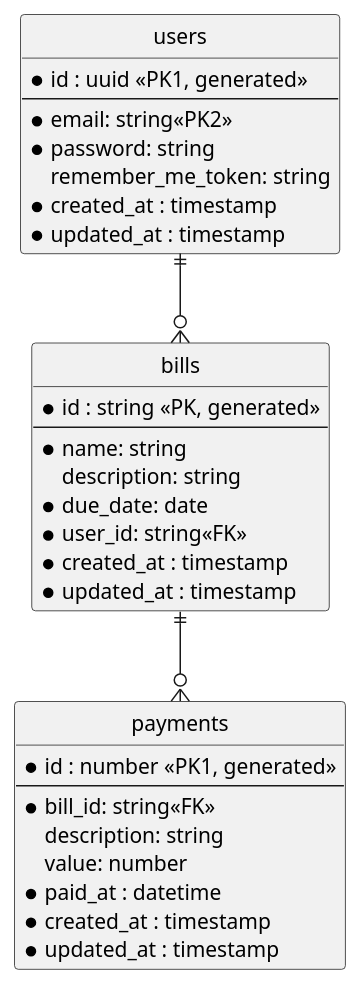
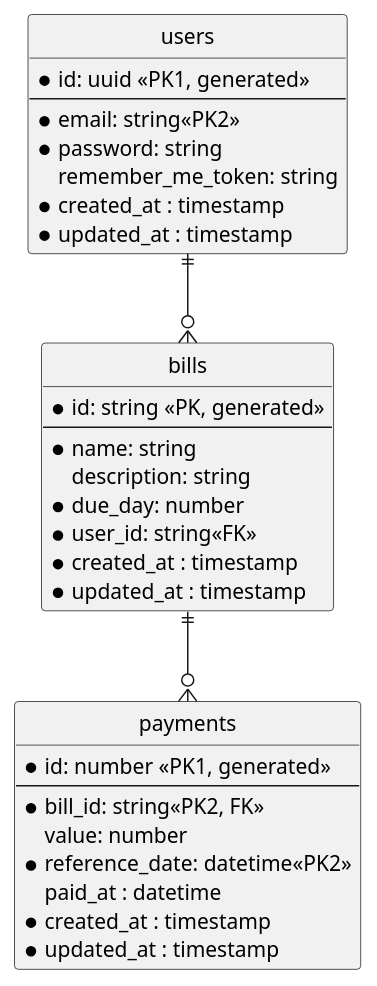
One commit to Alpiona/daily-helper-api changed the diagram in documents/database.puml. Above: the diagram before and after it, drawn with PlantUML. The commit also changed 27 other files, not shown here.

```diff
--- a/documents/database.puml
+++ b/documents/database.puml
@@ -1,44 +1,44 @@
 @startuml ScheduledActivities
 
 ' hide the spot
 hide circle
 
 ' avoid problems with angled crows feet
 skinparam linetype ortho
 
 entity "users" {
-  *id : uuid <<PK1, generated>>
+  *id: uuid <<PK1, generated>>
   --
   *email: string<<PK2>>
   *password: string
   remember_me_token: string
   *created_at : timestamp
   *updated_at : timestamp
 }
 
 entity "bills" {
-  *id : string <<PK, generated>>
+  *id: string <<PK, generated>>
   --
   *name: string
   description: string
-  *due_date: date
+  *due_day: number
   *user_id: string<<FK>>
   *created_at : timestamp
   *updated_at : timestamp
 }
 
 entity "payments" {
-  *id : number <<PK1, generated>>
+  *id: number <<PK1, generated>>
   --
-  *bill_id: string<<FK>>
-  description: string
+  *bill_id: string<<PK2, FK>>
   value: number
-  *paid_at : datetime
+  *reference_date: datetime<<PK2>>
+  paid_at : datetime
   *created_at : timestamp
   *updated_at : timestamp
 }
 
 users ||--o{ bills
 bills ||--o{ payments
 
 @enduml
```
